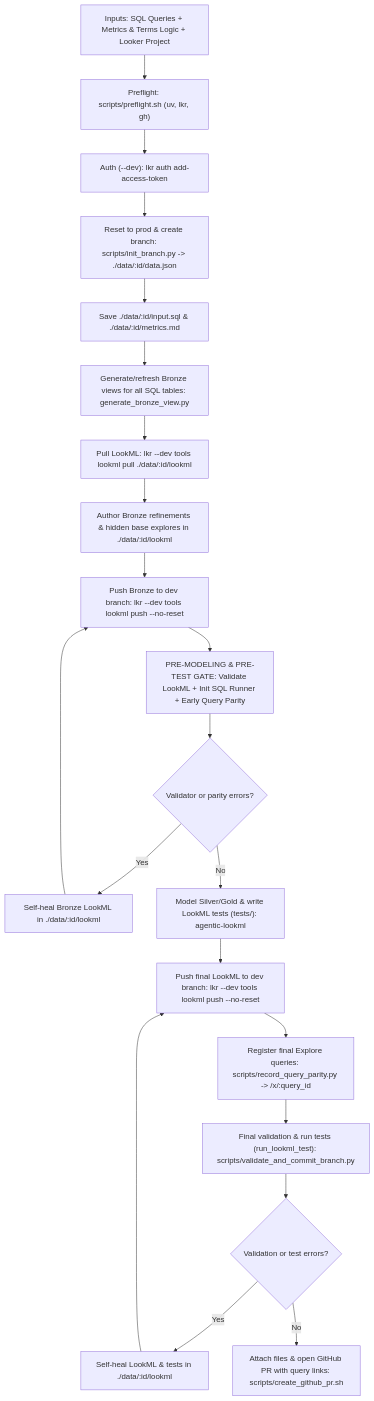
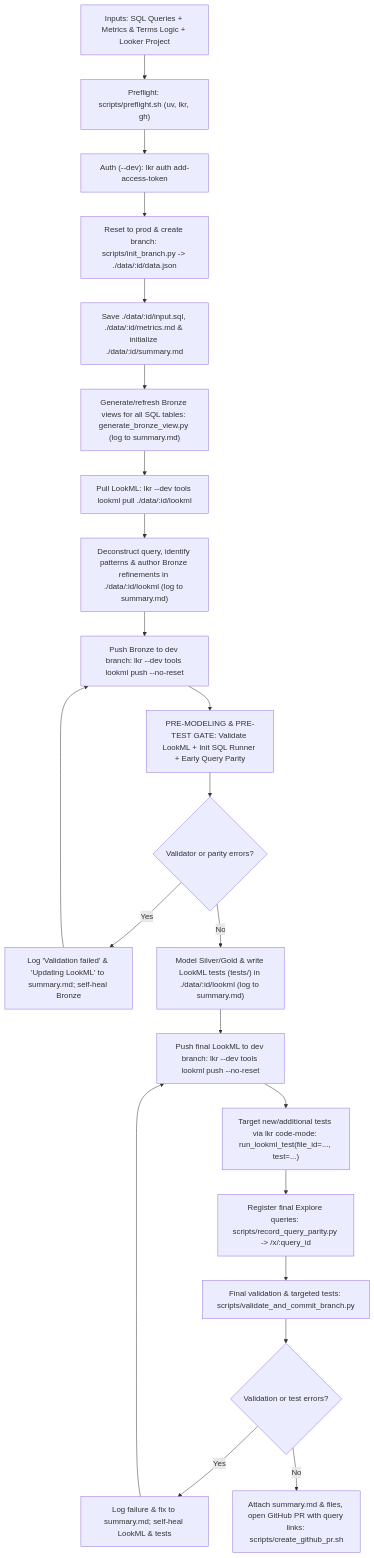
Before and after one commit to lkrdev/cli: the diagram in skills/agentic-lookml-workflow/SKILL.md, drawn with Mermaid. The commit also changed other lines of this file and 9 other files, not shown here.

Commit message:
refactor(agentic-lookml): add summary.md tracking, targeted code-mode tests, and ponytail simplifications

````diff
--- a/skills/agentic-lookml-workflow/SKILL.md
+++ b/skills/agentic-lookml-workflow/SKILL.md
@@ -18,23 +19,24 @@
 ```mermaid
 flowchart TD
     Start["Inputs: SQL Queries + Metrics & Terms Logic + Looker Project"] --> Preflight["Preflight: scripts/preflight.sh (uv, lkr, gh)"]
     Preflight --> Auth["Auth (--dev): lkr auth add-access-token"]
     Auth --> InitBranch["Reset to prod & create branch: scripts/init_branch.py -> ./data/:id/data.json"]
-    InitBranch --> ExtractFiles["Save ./data/:id/input.sql & ./data/:id/metrics.md"]
-    ExtractFiles --> GenBronze["Generate/refresh Bronze views for all SQL tables: generate_bronze_view.py"]
+    InitBranch --> ExtractFiles["Save ./data/:id/input.sql, ./data/:id/metrics.md & initialize ./data/:id/summary.md"]
+    ExtractFiles --> GenBronze["Generate/refresh Bronze views for all SQL tables: generate_bronze_view.py (log to summary.md)"]
     GenBronze --> PullLookML["Pull LookML: lkr --dev tools lookml pull ./data/:id/lookml"]
-    PullLookML --> GenBronzeRefinements["Author Bronze refinements & hidden base explores in ./data/:id/lookml"]
+    PullLookML --> GenBronzeRefinements["Deconstruct query, identify patterns & author Bronze refinements in ./data/:id/lookml (log to summary.md)"]
     GenBronzeRefinements --> PushBronze["Push Bronze to dev branch: lkr --dev tools lookml push --no-reset"]
     PushBronze --> PreGate["PRE-MODELING & PRE-TEST GATE: Validate LookML + Init SQL Runner + Early Query Parity"]
     PreGate --> PreGateCheck{"Validator or parity errors?"}
-    PreGateCheck -- "Yes" --> FixBronze["Self-heal Bronze LookML in ./data/:id/lookml"]
+    PreGateCheck -- "Yes" --> FixBronze["Log 'Validation failed' & 'Updating LookML' to summary.md; self-heal Bronze"]
     FixBronze --> PushBronze
-    PreGateCheck -- "No" --> RunAgentic["Model Silver/Gold & write LookML tests (tests/): agentic-lookml"]
+    PreGateCheck -- "No" --> RunAgentic["Model Silver/Gold & write LookML tests (tests/) in ./data/:id/lookml (log to summary.md)"]
     RunAgentic --> PushFinal["Push final LookML to dev branch: lkr --dev tools lookml push --no-reset"]
-    PushFinal --> RecordParity["Register final Explore queries: scripts/record_query_parity.py -> /x/:query_id"]
-    RecordParity --> ValidateCommit["Final validation & run tests (run_lookml_test): scripts/validate_and_commit_branch.py"]
+    PushFinal --> TargetTests["Target new/additional tests via lkr code-mode: run_lookml_test(file_id=..., test=...)"]
+    TargetTests --> RecordParity["Register final Explore queries: scripts/record_query_parity.py -> /x/:query_id"]
+    RecordParity --> ValidateCommit["Final validation & targeted tests: scripts/validate_and_commit_branch.py"]
     ValidateCommit --> ValidCheck{"Validation or test errors?"}
-    ValidCheck -- "Yes" --> FixFinal["Self-heal LookML & tests in ./data/:id/lookml"]
+    ValidCheck -- "Yes" --> FixFinal["Log failure & fix to summary.md; self-heal LookML & tests"]
     FixFinal --> PushFinal
-    ValidCheck -- "No" --> OpenPR["Attach files & open GitHub PR with query links: scripts/create_github_pr.sh"]
+    ValidCheck -- "No" --> OpenPR["Attach summary.md & files, open GitHub PR with query links: scripts/create_github_pr.sh"]
 ```
````
